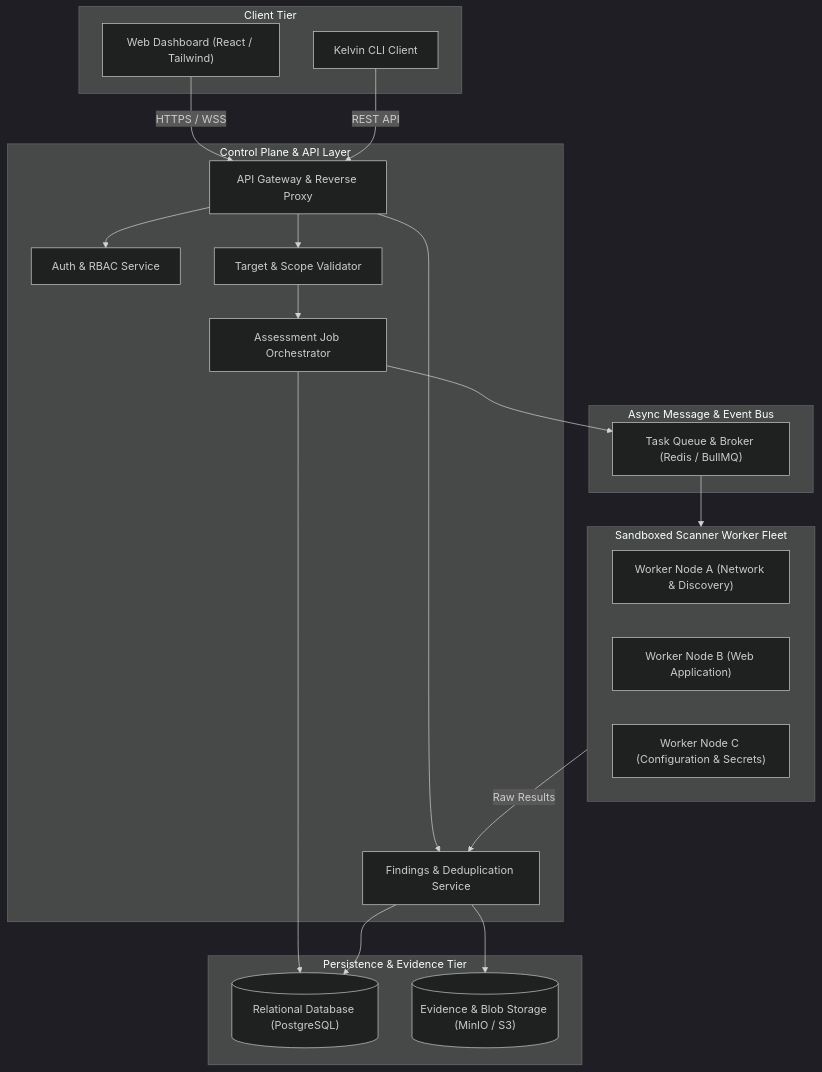
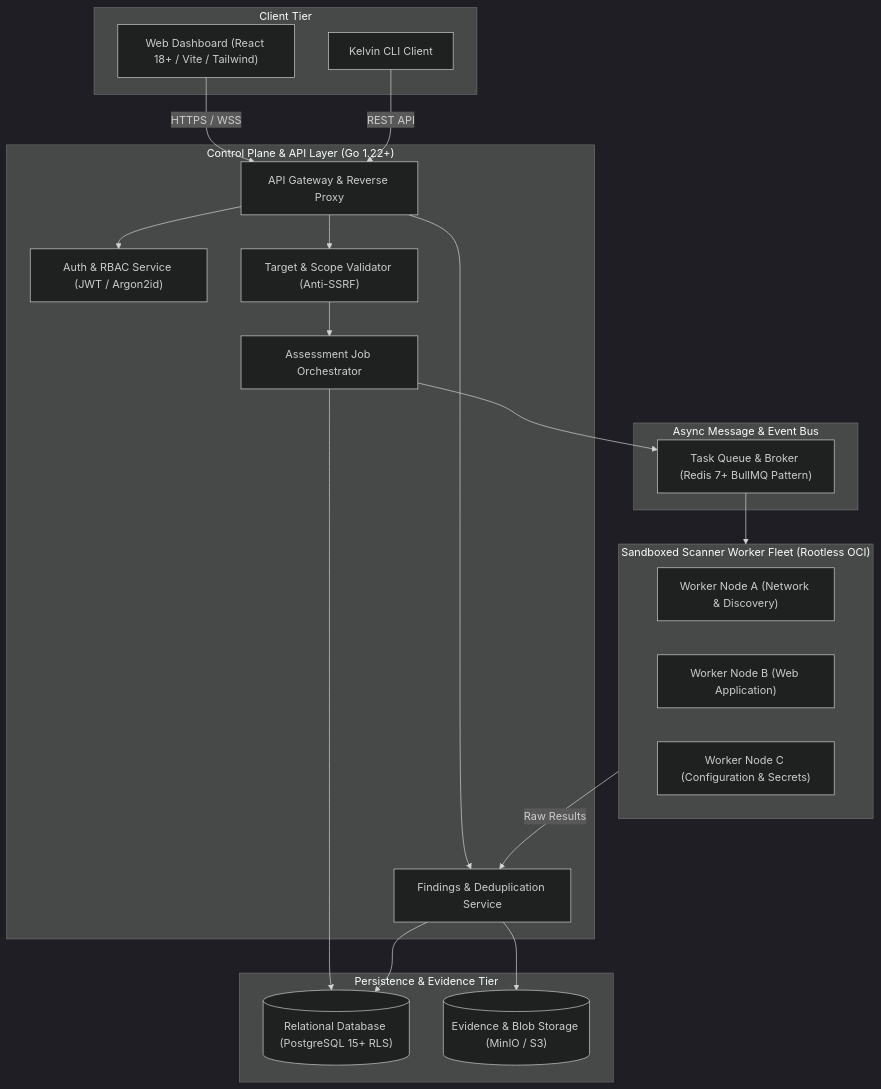
Before and after one commit to eOzkahq/Kelvin: the second of 4 diagrams in docs/ARCHITECTURE_AND_FEATURES.md, drawn with Mermaid (dark theme). The commit also changed other lines of this file and 10 other files, not shown here.

First line of the commit message:
docs(architecture): harmonize foundation specifications and documentation with ADR-0001 through ADR-0005 (P1-26)

````diff
--- a/docs/ARCHITECTURE_AND_FEATURES.md
+++ b/docs/ARCHITECTURE_AND_FEATURES.md
@@ -54,43 +55,43 @@
 ```mermaid
 flowchart TD
     subgraph Client["Client Tier"]
-        UI["Web Dashboard (React / Tailwind)"]
+        UI["Web Dashboard (React 18+ / Vite / Tailwind)"]
         CLI["Kelvin CLI Client"]
     end
 
-    subgraph ControlPlane["Control Plane & API Layer"]
+    subgraph ControlPlane["Control Plane & API Layer (Go 1.22+)"]
         Gateway["API Gateway & Reverse Proxy"]
-        AuthService["Auth & RBAC Service"]
-        ScopeEngine["Target & Scope Validator"]
+        AuthService["Auth & RBAC Service (JWT / Argon2id)"]
+        ScopeEngine["Target & Scope Validator (Anti-SSRF)"]
         JobManager["Assessment Job Orchestrator"]
         FindingsService["Findings & Deduplication Service"]
     end
 
     subgraph MessageQueue["Async Message & Event Bus"]
-        RedisQueue["Task Queue & Broker (Redis / BullMQ)"]
+        RedisQueue["Task Queue & Broker (Redis 7+ BullMQ Pattern)"]
     end
 
-    subgraph WorkerFleet["Sandboxed Scanner Worker Fleet"]
+    subgraph WorkerFleet["Sandboxed Scanner Worker Fleet (Rootless OCI)"]
         Worker1["Worker Node A (Network & Discovery)"]
         Worker2["Worker Node B (Web Application)"]
         Worker3["Worker Node C (Configuration & Secrets)"]
     end
 
     subgraph DataStorage["Persistence & Evidence Tier"]
-        Postgres[("Relational Database (PostgreSQL)")]
+        Postgres[("Relational Database (PostgreSQL 15+ RLS)")]
         ObjectStore[("Evidence & Blob Storage (MinIO / S3)")]
     end
 
     UI -->|HTTPS / WSS| Gateway
     CLI -->|REST API| Gateway
     Gateway --> AuthService
     Gateway --> ScopeEngine
     ScopeEngine --> JobManager
     JobManager --> Postgres
     JobManager --> RedisQueue
     RedisQueue --> WorkerFleet
     WorkerFleet -->|Raw Results| FindingsService
     FindingsService --> Postgres
     FindingsService --> ObjectStore
     Gateway --> FindingsService
 ```
````
